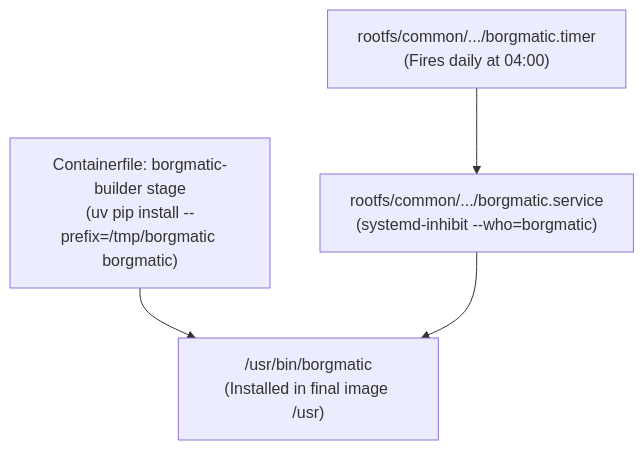
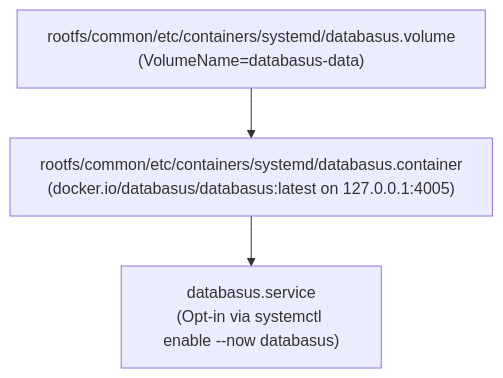
The diagram in docs/backup.md (braccae/coreos), drawn with Mermaid before and after one commit. The commit also changed other lines of this file and 17 other files, not shown here.

Commit message:
feat(backup): add Databasus central DB backup quadlet; retire borgmatic

````diff
--- a/docs/backup.md
+++ b/docs/backup.md
@@ -25,11 +25,9 @@
 ```mermaid
 flowchart TD
-    Timer["rootfs/common/.../borgmatic.timer<br/>(Fires daily at 04:00)"]
-    Service["rootfs/common/.../borgmatic.service<br/>(systemd-inhibit --who=borgmatic)"]
-    Builder["Containerfile: borgmatic-builder stage<br/>(uv pip install --prefix=/tmp/borgmatic borgmatic)"]
-    Binary["/usr/bin/borgmatic<br/>(Installed in final image /usr)"]
+    Volume["rootfs/common/etc/containers/systemd/databasus.volume<br/>(VolumeName=databasus-data)"]
+    Container["rootfs/common/etc/containers/systemd/databasus.container<br/>(docker.io/databasus/databasus:latest on 127.0.0.1:4005)"]
+    Service["databasus.service<br/>(Opt-in via systemctl enable --now databasus)"]
 
-    Timer --> Service
-    Builder --> Binary
-    Service --> Binary
+    Volume --> Container
+    Container --> Service
 ```
````
